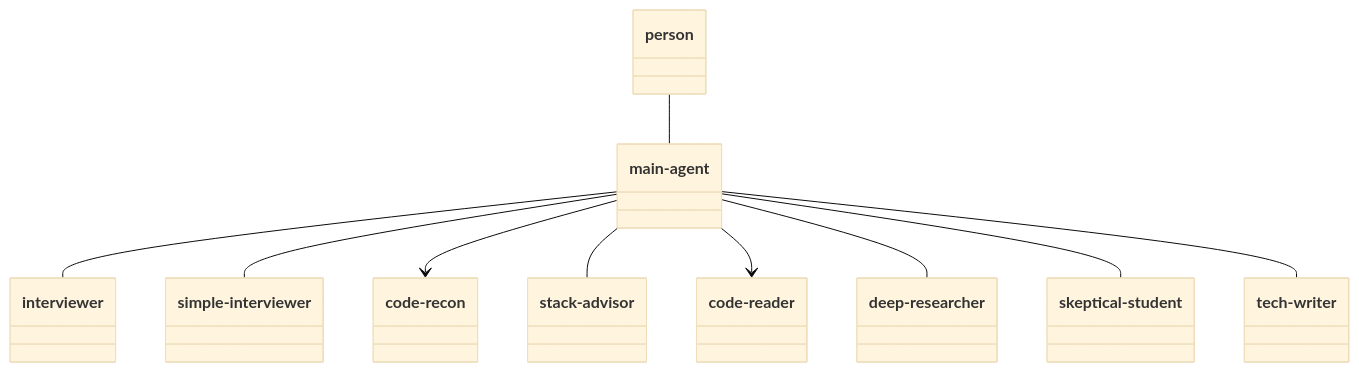
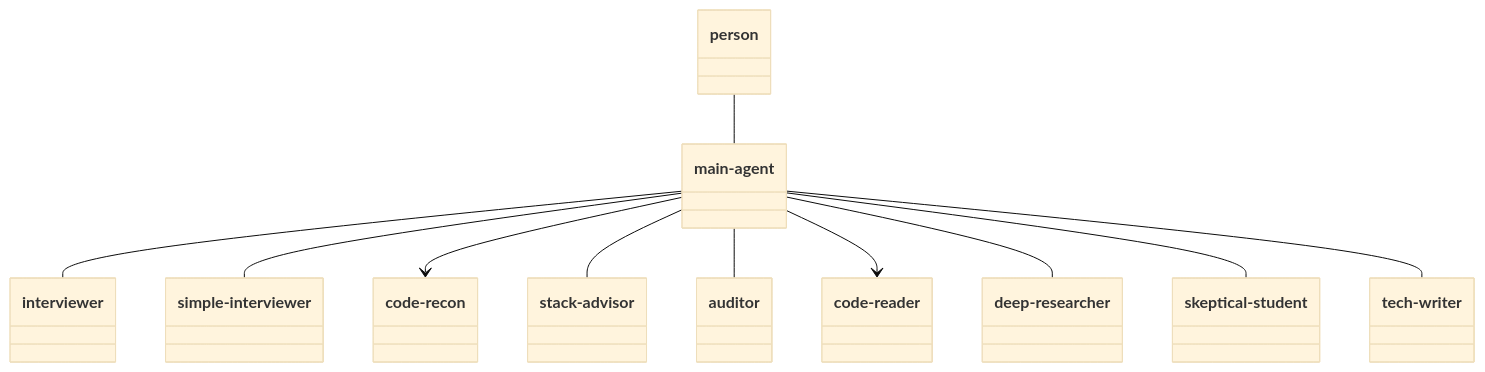
One commit to bloc0105/Primer changed the first of 2 diagrams in learn-software-stack/commands/curriculum.md. Above: the diagram before and after it, drawn with Mermaid (base theme). The commit also changed other lines of this file and 12 other files, not shown here.

````diff
--- a/learn-software-stack/commands/curriculum.md
+++ b/learn-software-stack/commands/curriculum.md
@@ -18,25 +18,27 @@
 ```mermaid
 classDiagram
   class person
   class main-agent
   class deep-researcher
   class code-recon
   class interviewer
   class skeptical-student
   class tech-writer
   class simple-interviewer
   class stack-advisor
+  class auditor
   class code-reader
 
   person -- main-agent
 
   main-agent -- interviewer
   main-agent -- simple-interviewer
   main-agent --> code-recon
   main-agent -- stack-advisor
+  main-agent -- auditor
   main-agent --> code-reader
   main-agent -- deep-researcher
   main-agent -- skeptical-student
   main-agent -- tech-writer
 
 ```
````
